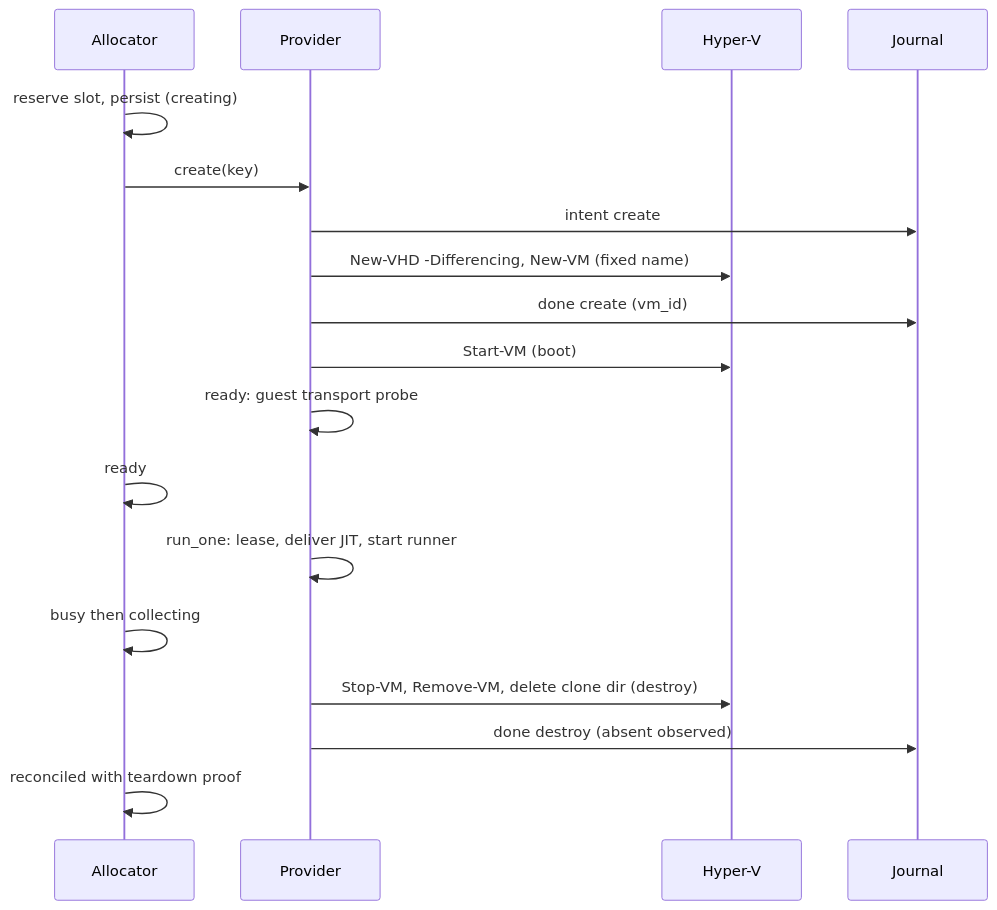
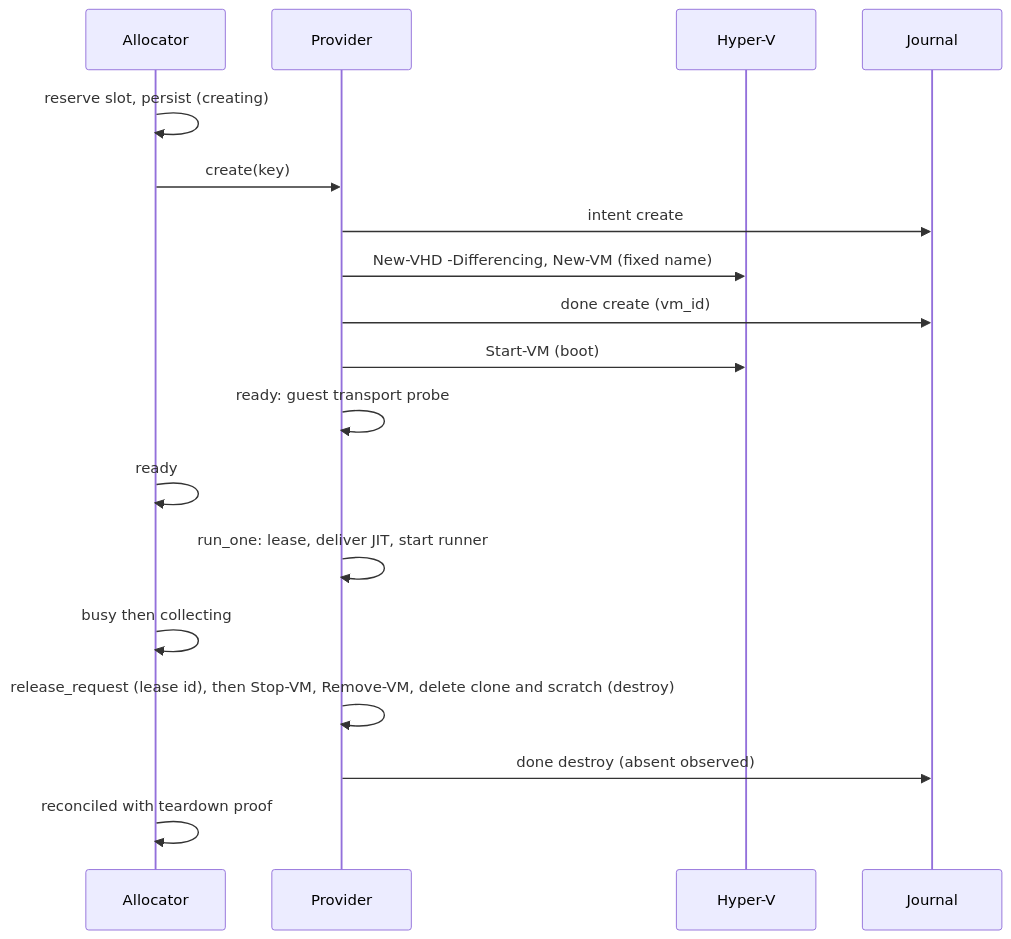
Before and after one commit to special-place-ai-heaven/aap-runner: the third of 9 diagrams in docs/parity/ARCHITECTURE.md, drawn with Mermaid. The commit also changed other lines of this file and 93 other files, not shown here.

First line of the commit message:
parity: P02 architecture review fixes and owner decisions

````diff
--- a/docs/parity/ARCHITECTURE.md
+++ b/docs/parity/ARCHITECTURE.md
@@ -167,20 +197,20 @@
 ```mermaid
 sequenceDiagram
   participant A as Allocator
   participant P as Provider
   participant H as Hyper-V
   participant J as Journal
   A->>A: reserve slot, persist (creating)
   A->>P: create(key)
   P->>J: intent create
   P->>H: New-VHD -Differencing, New-VM (fixed name)
   P->>J: done create (vm_id)
   P->>H: Start-VM (boot)
   P->>P: ready: guest transport probe
   A->>A: ready
   P->>P: run_one: lease, deliver JIT, start runner
   A->>A: busy then collecting
-  P->>H: Stop-VM, Remove-VM, delete clone dir (destroy)
+  P->>P: release_request (lease id), then Stop-VM, Remove-VM, delete clone and scratch (destroy)
   P->>J: done destroy (absent observed)
   A->>A: reconciled with teardown proof
 ```
````
